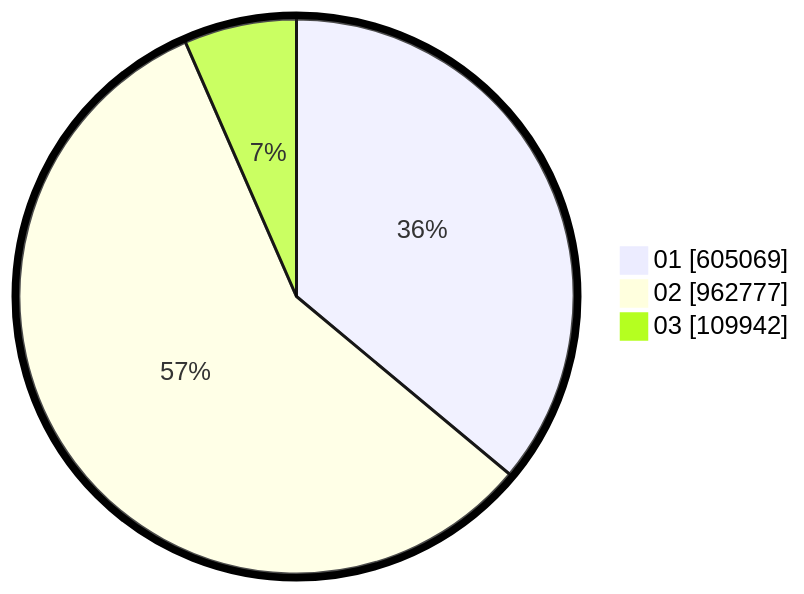
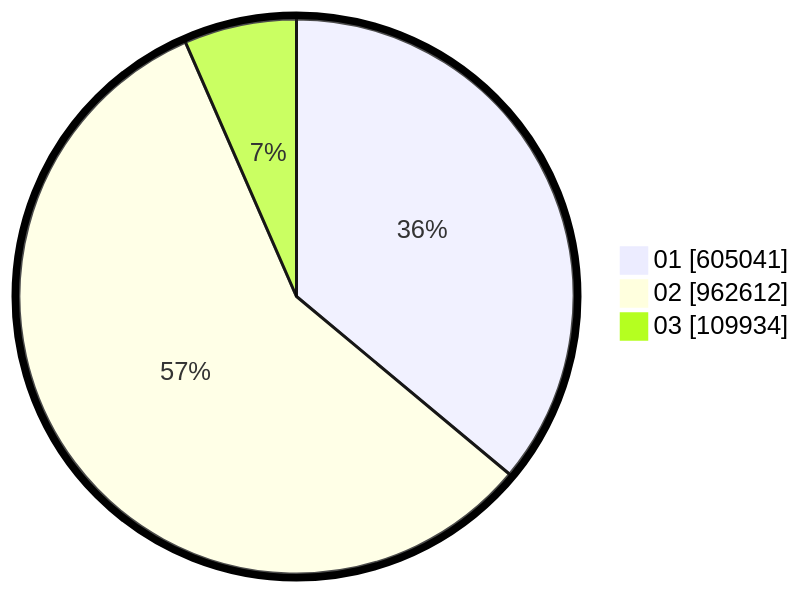
The second of 2 diagrams in pilpres/hitung-suara/sub/table-wilayah-63.md (gigit-pemilu/pemilu-2024), drawn with Mermaid before and after one commit. The commit also changed other lines of this file and 10 other files, not shown here.

````diff
--- a/pilpres/hitung-suara/sub/table-wilayah-63.md
+++ b/pilpres/hitung-suara/sub/table-wilayah-63.md
@@ -15,7 +15,7 @@
 ```mermaid
 %%{init: {"pie": {"textPosition": 0.5}, "themeVariables": {"pieOuterStrokeWidth": "5px"}} }%%
 pie showData
-    "01" : 605069
-    "02" : 962777
-    "03" : 109942
+    "01" : 605041
+    "02" : 962612
+    "03" : 109934
 ```
````
